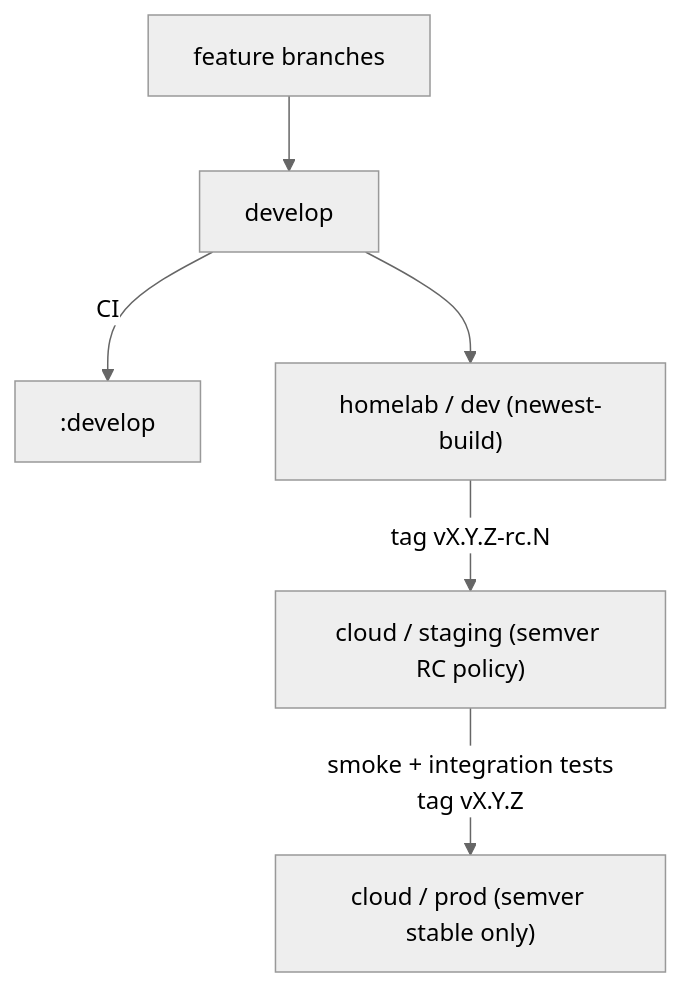
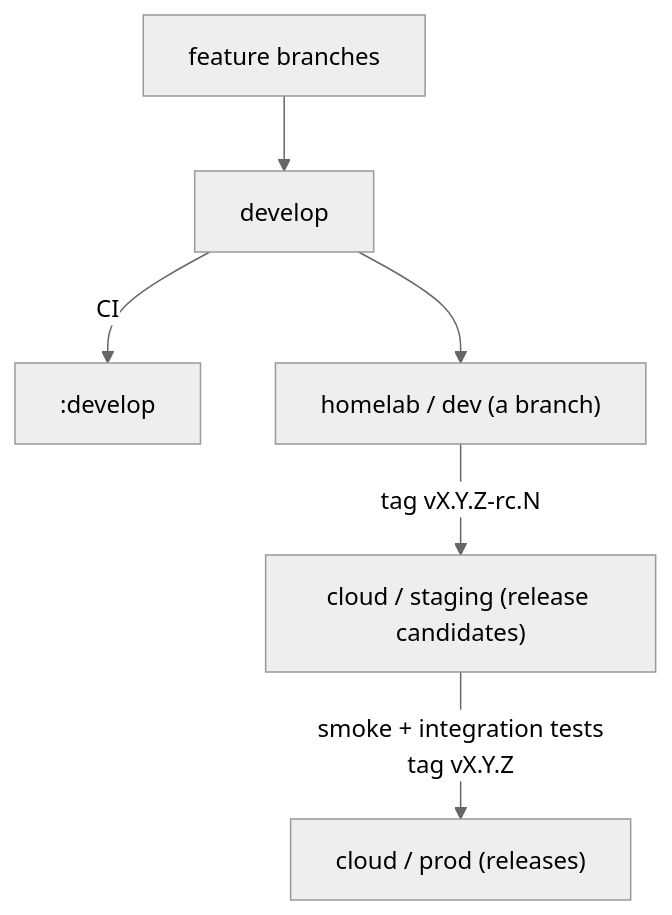
Before and after one commit to gentian-org/gentian-os: the second of 2 diagrams in docs/deployment.md, drawn with Mermaid (neutral theme). The commit also changed other lines of this file and 27 other files, not shown here.

````diff
--- a/docs/deployment.md
+++ b/docs/deployment.md
@@ -583,15 +472,15 @@
 ```mermaid
 flowchart TD
     FeatureBranches["feature branches"]
     Develop["develop"]
     ImageDev[":develop"]
-    DevCluster["homelab / dev (newest-build)"]
-    StagingCluster["cloud / staging (semver RC policy)"]
-    ProdCluster["cloud / prod (semver stable only)"]
+    DevCluster["homelab / dev (a branch)"]
+    StagingCluster["cloud / staging (release candidates)"]
+    ProdCluster["cloud / prod (releases)"]
     
     FeatureBranches --> Develop
     Develop -->|"CI"| ImageDev
     Develop --> DevCluster
     DevCluster -->|"tag vX.Y.Z-rc.N"| StagingCluster
     StagingCluster -->|"smoke + integration tests<br>tag vX.Y.Z"| ProdCluster
 ```
````
